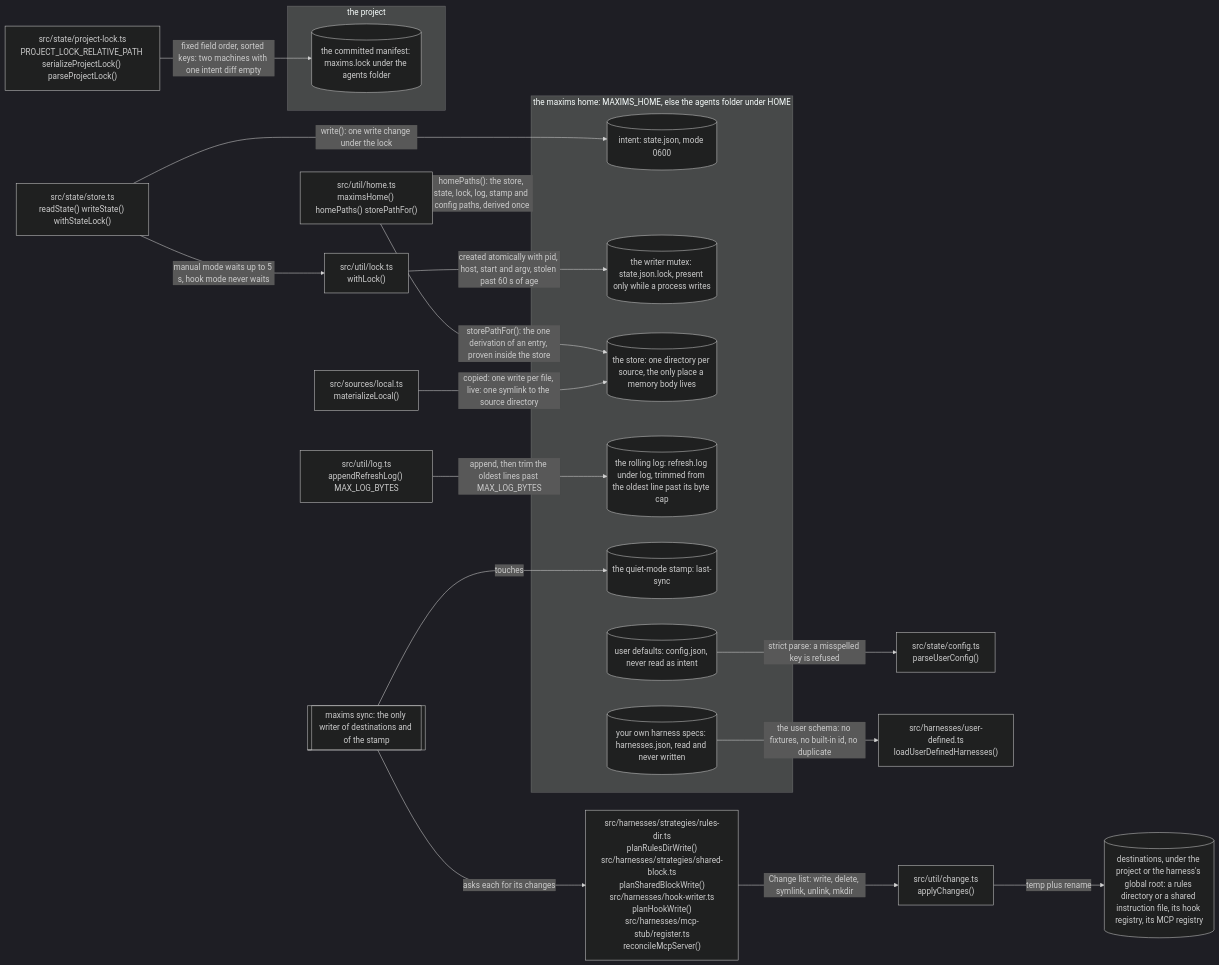
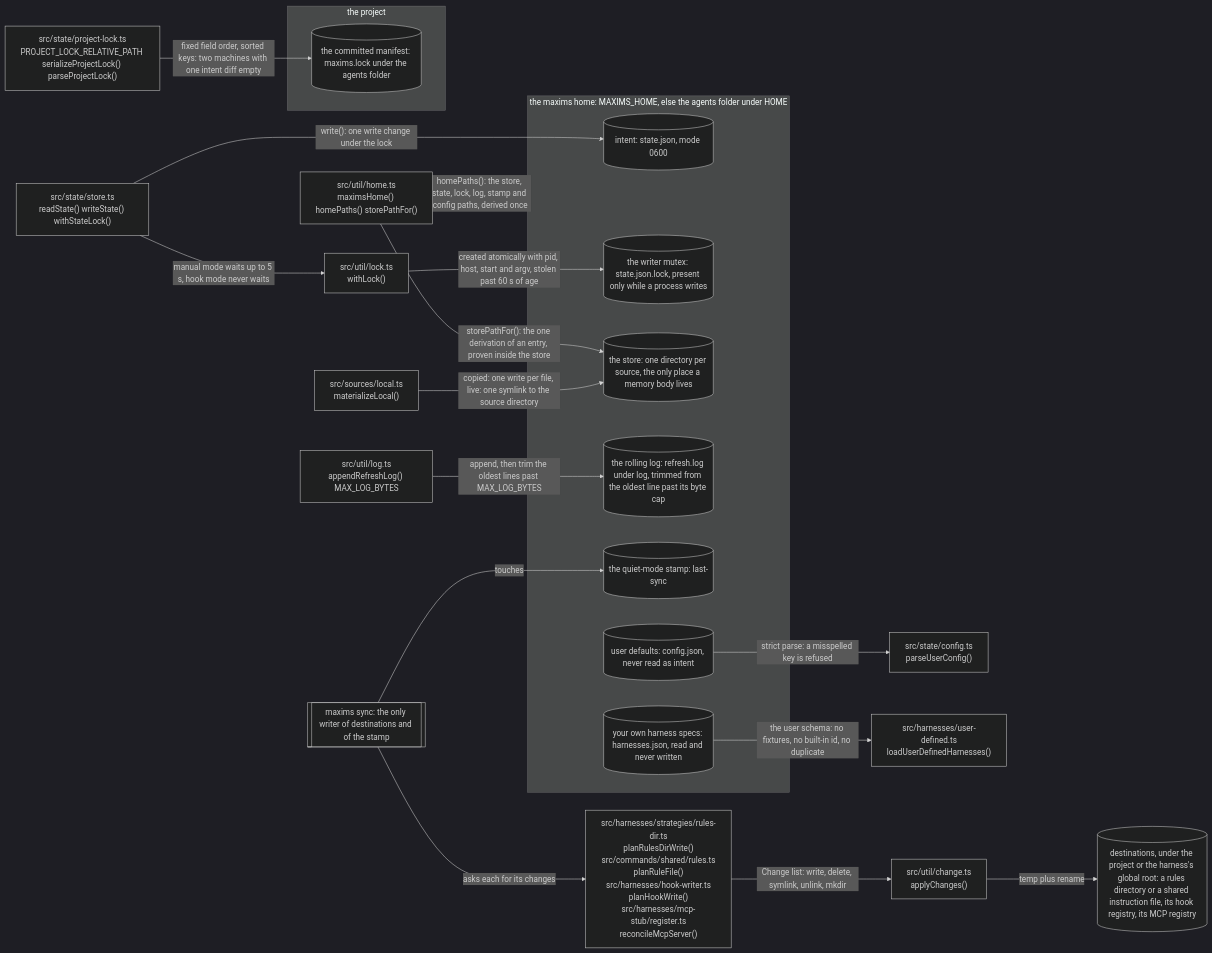
Before and after one commit to Vivswan/maxims: the first of 15 diagrams in docs/architecture.md, drawn with Mermaid (dark theme). The commit also changed other lines of this file and 10 other files, not shown here.

````diff
--- a/docs/architecture.md
+++ b/docs/architecture.md
@@ -16,41 +16,41 @@
 ```mermaid
 flowchart LR
   home["src/util/home.ts<br>maximsHome() homePaths() storePathFor()"]
   subgraph homedir["the maxims home: MAXIMS_HOME, else the agents folder under HOME"]
     statefile[("intent: state.json, mode 0600")]
     lockfile[("the writer mutex: state.json.lock, present only while a process writes")]
     storedir[("the store: one directory per source, the only place a memory body lives")]
     logfile[("the rolling log: refresh.log under log, trimmed from the oldest line past its byte cap")]
     stamp[("the quiet-mode stamp: last-sync")]
     configfile[("user defaults: config.json, never read as intent")]
     userharness[("your own harness specs: harnesses.json, read and never written")]
   end
   subgraph project["the project"]
     projlock[("the committed manifest: maxims.lock under the agents folder")]
   end
   dest[("destinations, under the project or the harness's global root: a rules directory or a shared instruction file, its hook registry, its MCP registry")]
   store["src/state/store.ts<br>readState() writeState() withStateLock()"]
   lock["src/util/lock.ts<br>withLock()"]
   log["src/util/log.ts<br>appendRefreshLog() MAX_LOG_BYTES"]
   config["src/state/config.ts<br>parseUserConfig()"]
   userdef["src/harnesses/user-defined.ts<br>loadUserDefinedHarnesses()"]
   plock["src/state/project-lock.ts<br>PROJECT_LOCK_RELATIVE_PATH serializeProjectLock() parseProjectLock()"]
   local["src/sources/local.ts<br>materializeLocal()"]
-  planners["src/harnesses/strategies/rules-dir.ts<br>planRulesDirWrite()<br>src/harnesses/strategies/shared-block.ts<br>planSharedBlockWrite()<br>src/harnesses/hook-writer.ts<br>planHookWrite()<br>src/harnesses/mcp-stub/register.ts<br>reconcileMcpServer()"]
+  planners["src/harnesses/strategies/rules-dir.ts<br>planRulesDirWrite()<br>src/commands/shared/rules.ts<br>planRuleFile()<br>src/harnesses/hook-writer.ts<br>planHookWrite()<br>src/harnesses/mcp-stub/register.ts<br>reconcileMcpServer()"]
   apply["src/util/change.ts<br>applyChanges()"]
   sync[["maxims sync: the only writer of destinations and of the stamp"]]
   home -->|"homePaths(): the store, state, lock, log, stamp and config paths, derived once"| homedir
   home -->|"storePathFor(): the one derivation of an entry, proven inside the store"| storedir
   store -->|"write(): one write change under the lock"| statefile
   store -->|"manual mode waits up to 5 s, hook mode never waits"| lock
   lock -->|"created atomically with pid, host, start and argv, stolen past 60 s of age"| lockfile
   local -->|"copied: one write per file, live: one symlink to the source directory"| storedir
   log -->|"append, then trim the oldest lines past MAX_LOG_BYTES"| logfile
   configfile -->|"strict parse: a misspelled key is refused"| config
   userharness -->|"the user schema: no fixtures, no built-in id, no duplicate"| userdef
   plock -->|"fixed field order, sorted keys: two machines with one intent diff empty"| projlock
   sync -->|"touches"| stamp
   sync -->|"asks each for its changes"| planners
   planners -->|"Change list: write, delete, symlink, unlink, mkdir"| apply
   apply -->|"temp plus rename"| dest
 ```
````
